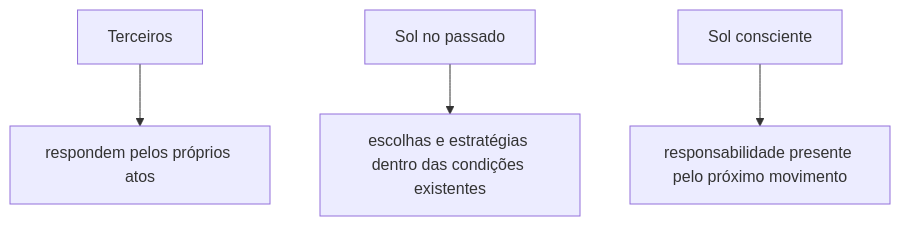
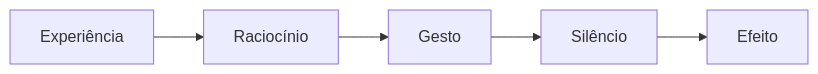
The fifth of 6 diagrams in 01_MORTE_EM_VIDA/MAPA_VISUAL_PARTE_IV_ATUAL.md (Sollimastudio/trilogia-sol-lima), drawn with Mermaid before and after one commit. The commit also changed other lines of this file, not shown here.

````diff
--- a/01_MORTE_EM_VIDA/MAPA_VISUAL_PARTE_IV_ATUAL.md
+++ b/01_MORTE_EM_VIDA/MAPA_VISUAL_PARTE_IV_ATUAL.md
@@ -45,6 +59,7 @@
 ```mermaid
-flowchart TD
-A[Terceiros] --> B[respondem pelos próprios atos]
-C[Sol no passado] --> D[escolhas e estratégias dentro das condições existentes]
-E[Sol consciente] --> F[responsabilidade presente pelo próximo movimento]
+flowchart LR
+A[Experiência] --> B[Raciocínio]
+B --> C[Gesto]
+C --> D[Silêncio]
+D --> E[Efeito]
 ```
````
